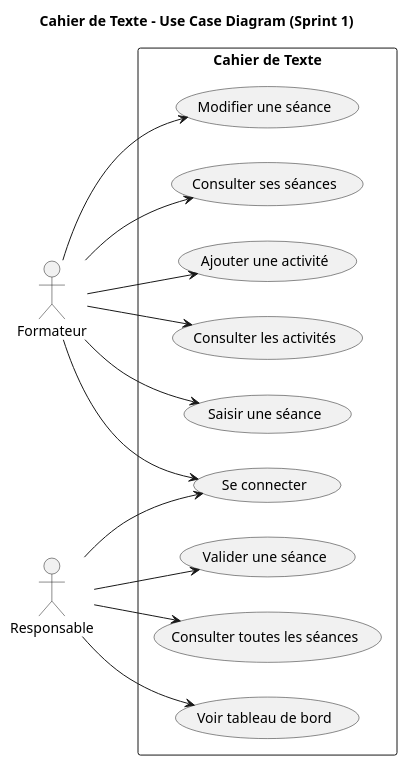
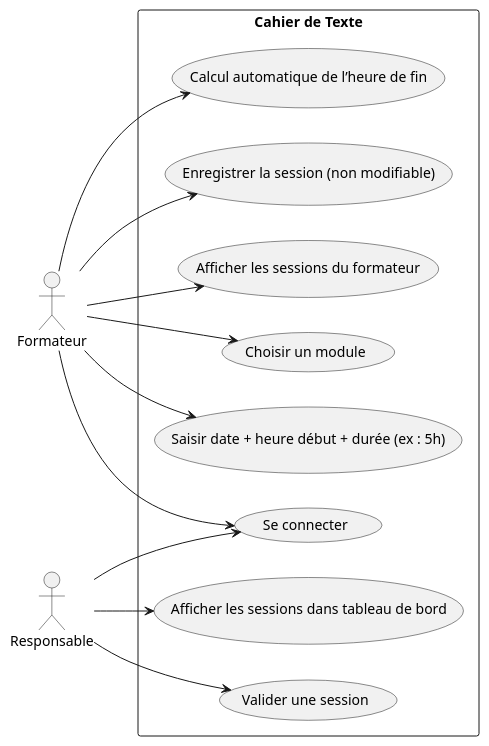
One commit to Ayoub-El-Bouzidi/fil-rouge changed the diagram in Branch Functional/Analys/UseCase.puml. Above: the diagram before and after it, drawn with PlantUML. The commit also changed 3 other files, not shown here.

```diff
--- a/Branch Functional/Analys/UseCase.puml
+++ b/Branch Functional/Analys/UseCase.puml
@@ -1,37 +1,31 @@
 @startuml
-title Cahier de Texte – Use Case Diagram (Sprint 1)
-
 left to right direction
 skinparam packageStyle rectangle
 
 actor Formateur
 actor Responsable
 
 rectangle "Cahier de Texte" {
+  
+  usecase "Choisir un module"
+  usecase "Saisir date + heure début + durée (ex : 5h)"
+  usecase "Calcul automatique de l’heure de fin"
+  usecase "Enregistrer la session (non modifiable)"
+  usecase "Se connecter"
+  usecase "Afficher les sessions du formateur"
+  usecase "Afficher les sessions dans tableau de bord"
+  usecase "Valider une session"
 
-  (Se connecter) as UC1
-  (Saisir une séance) as UC2
-  (Modifier une séance) as UC3
-  (Consulter ses séances) as UC4
-  (Ajouter une activité) as UC5
-  (Consulter les activités) as UC6
+ 
+  Formateur --> "Choisir un module"
+  Formateur --> "Saisir date + heure début + durée (ex : 5h)"
+  Formateur --> "Calcul automatique de l’heure de fin"
+  Formateur --> "Enregistrer la session (non modifiable)"
+  Formateur --> "Afficher les sessions du formateur"
+  Formateur --> "Se connecter"
 
-  (Valider une séance) as UC7
-  (Consulter toutes les séances) as UC8
-  (Voir tableau de bord) as UC9
-
-
-  Formateur --> UC1
-  Formateur --> UC2
-  Formateur --> UC3
-  Formateur --> UC4
-  Formateur --> UC5
-  Formateur --> UC6
-
-  Responsable --> UC1
-  Responsable --> UC7
-  Responsable --> UC8
-  Responsable --> UC9
+  Responsable --> "Se connecter"
+  Responsable --> "Afficher les sessions dans tableau de bord"
+  Responsable --> "Valider une session"
 }
-
 @enduml
```
